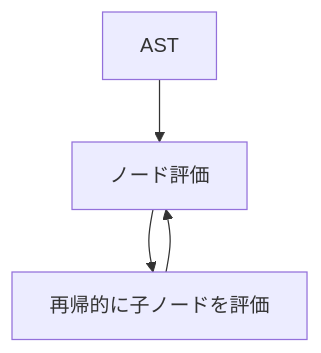
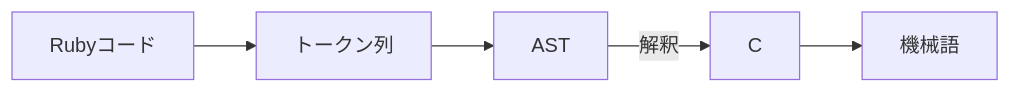
The second of 6 diagrams in presentations/ruby-compile/slides.md (miyatis/slidev), drawn with Mermaid before and after one commit. The commit also changed other lines of this file, not shown here.

````diff
--- a/presentations/ruby-compile/slides.md
+++ b/presentations/ruby-compile/slides.md
@@ -71,6 +70,4 @@
 ```mermaid {scale: 0.7}
-flowchart TD
-    A["AST"] --> B["ノード評価"]
-    B --> C["再帰的に子ノードを評価"]
-    C --> B
+flowchart LR
+    A["Rubyコード"] --> B["トークン列"] --> C["AST"] -->|解釈| D["C"] --> E["機械語"]
 ```
````
